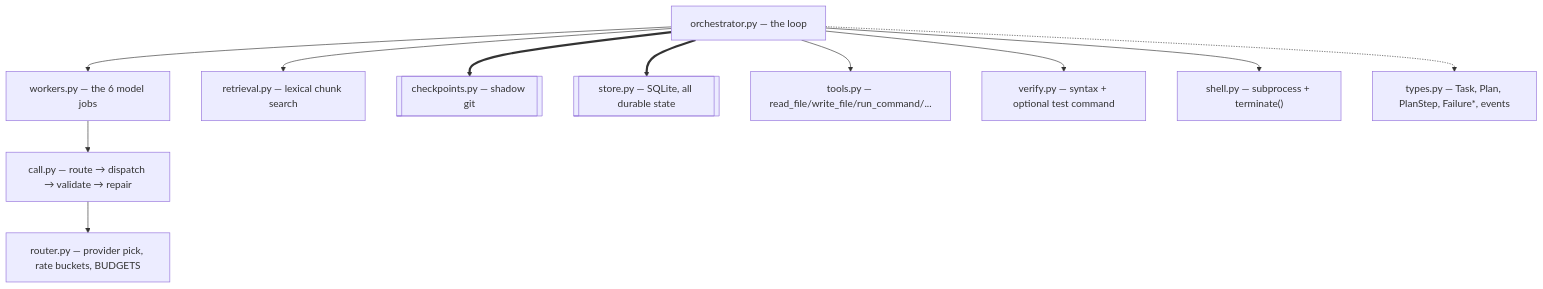
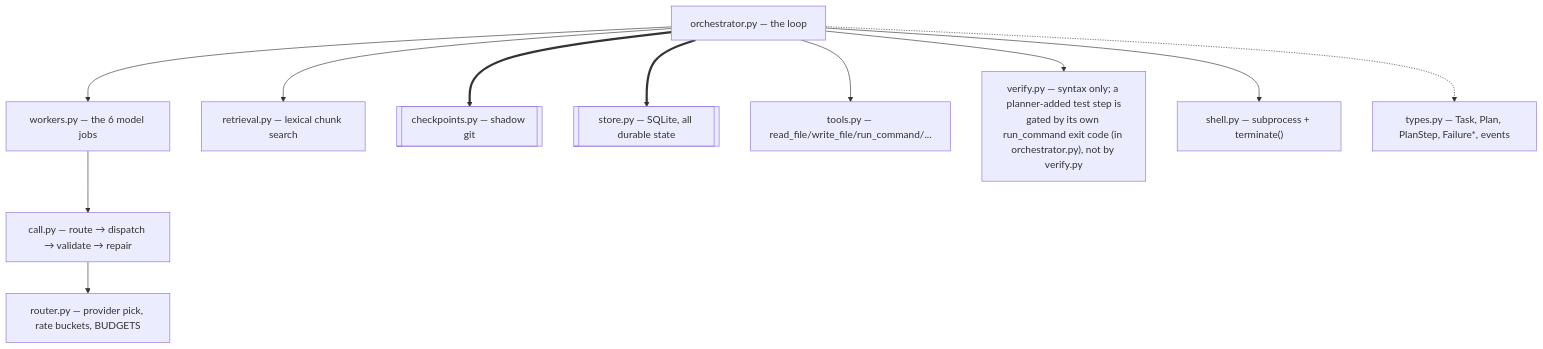
One commit to devDivij/agentic-ide changed the second of 15 diagrams in docs/ORCHESTRATOR-FLOW.md. Above: the diagram before and after it, drawn with Mermaid. The commit also changed other lines of this file and 29 other files, not shown here.

````diff
--- a/docs/ORCHESTRATOR-FLOW.md
+++ b/docs/ORCHESTRATOR-FLOW.md
@@ -89,24 +89,24 @@
 ```mermaid
 flowchart TB
   ORCH["orchestrator.py — the loop"]
   WORK["workers.py — the 6 model jobs"]
   CALL["call.py — route → dispatch → validate → repair"]
   ROUT["router.py — provider pick, rate buckets, BUDGETS"]
   RET["retrieval.py — lexical chunk search"]
   CK[["checkpoints.py — shadow git"]]
   ST[["store.py — SQLite, all durable state"]]
   TOOLS["tools.py — read_file/write_file/run_command/..."]
-  VER["verify.py — syntax + optional test command"]
+  VER["verify.py — syntax only; a planner-added test step is<br/>gated by its own run_command exit code (in orchestrator.py), not by verify.py"]
   SH["shell.py — subprocess + terminate()"]
   TY["types.py — Task, Plan, PlanStep, Failure*, events"]
 
   ORCH --> WORK
   WORK --> CALL --> ROUT
   ORCH --> RET
   ORCH ==> CK
   ORCH ==> ST
   ORCH --> TOOLS
   ORCH --> VER
   ORCH --> SH
   ORCH -.-> TY
 ```
````
